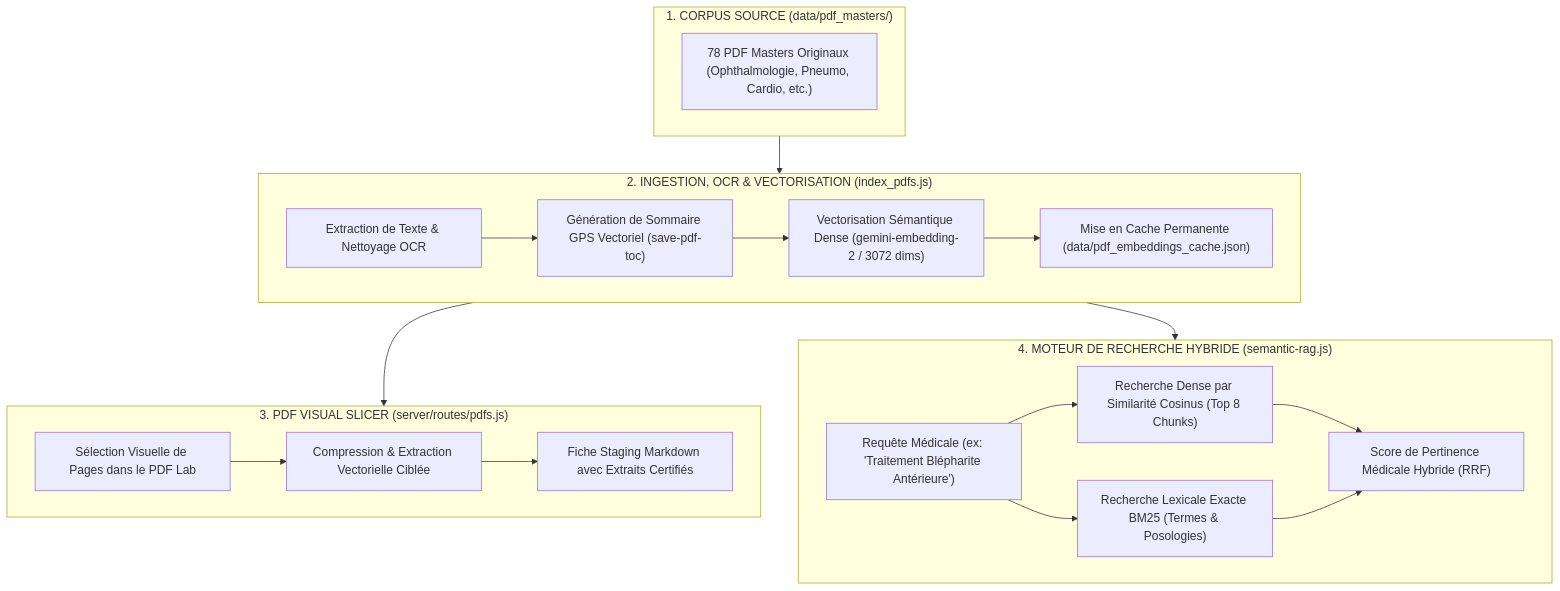
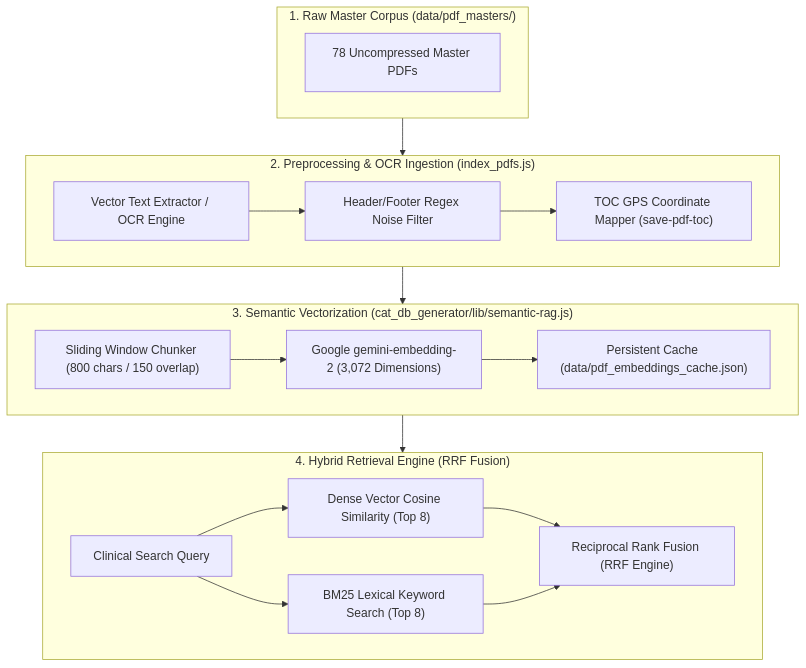
One commit to iillaa/med changed the diagram in docs/01-architecture/pdf-rag-pipeline.md. Above: the diagram before and after it, drawn with Mermaid. The commit also changed other lines of this file and 6 other files, not shown here.

````diff
--- a/docs/01-architecture/pdf-rag-pipeline.md
+++ b/docs/01-architecture/pdf-rag-pipeline.md
@@ -13,33 +13,32 @@
 ```mermaid
 flowchart TD
-    subgraph RawCorpus["1. CORPUS SOURCE (data/pdf_masters/)"]
-        PDFs["78 PDF Masters Originaux (Ophthalmologie, Pneumo, Cardio, etc.)"]
+    subgraph RawCorpus["1. Raw Master Corpus (data/pdf_masters/)"]
+        PDF["78 Uncompressed Master PDFs"]
     end
 
-    subgraph Ingestion["2. INGESTION, OCR & VECTORISATION (index_pdfs.js)"]
-        OCR["Extraction de Texte & Nettoyage OCR"]
-        TOC["Génération de Sommaire GPS Vectoriel (save-pdf-toc)"]
-        Embeddings["Vectorisation Sémantique Dense (gemini-embedding-2 / 3072 dims)"]
-        DiskCache["Mise en Cache Permanente (data/pdf_embeddings_cache.json)"]
-        OCR --> TOC --> Embeddings --> DiskCache
+    subgraph Preprocessing["2. Preprocessing & OCR Ingestion (index_pdfs.js)"]
+        Extractor["Vector Text Extractor / OCR Engine"]
+        Sanitizer["Header/Footer Regex Noise Filter"]
+        TOC["TOC GPS Coordinate Mapper (save-pdf-toc)"]
+        Extractor --> Sanitizer --> TOC
     end
 
-    subgraph Slicer["3. PDF VISUAL SLICER (server/routes/pdfs.js)"]
-        VisualSelect["Sélection Visuelle de Pages dans le PDF Lab"]
-        Ghostscript["Compression & Extraction Vectorielle Ciblée"]
-        CleanOutput["Fiche Staging Markdown avec Extraits Certifiés"]
-        VisualSelect --> Ghostscript --> CleanOutput
+    subgraph Vectorization["3. Semantic Vectorization (cat_db_generator/lib/semantic-rag.js)"]
+        Chunker["Sliding Window Chunker (800 chars / 150 overlap)"]
+        Embedder["Google gemini-embedding-2 (3,072 Dimensions)"]
+        DiskCache["Persistent Cache (data/pdf_embeddings_cache.json)"]
+        Chunker --> Embedder --> DiskCache
     end
 
-    subgraph QueryEngine["4. MOTEUR DE RECHERCHE HYBRIDE (semantic-rag.js)"]
-        Query["Requête Médicale (ex: 'Traitement Blépharite Antérieure')"]
-        DenseSearch["Recherche Dense par Similarité Cosinus (Top 8 Chunks)"]
-        BM25["Recherche Lexicale Exacte BM25 (Termes & Posologies)"]
-        Fusion["Score de Pertinence Médicale Hybride (RRF)"]
-        Query --> DenseSearch & BM25 --> Fusion
+    subgraph QueryEngine["4. Hybrid Retrieval Engine (RRF Fusion)"]
+        Query["Clinical Search Query"]
+        DenseSearch["Dense Vector Cosine Similarity (Top 8)"]
+        BM25Search["BM25 Lexical Keyword Search (Top 8)"]
+        Fusion["Reciprocal Rank Fusion (RRF Engine)"]
+        Query --> DenseSearch & BM25Search --> Fusion
     end
 
-    RawCorpus --> Ingestion
-    Ingestion --> Slicer
-    Ingestion --> QueryEngine
+    RawCorpus --> Preprocessing
+    Preprocessing --> Vectorization
+    Vectorization --> QueryEngine
 ```
````
